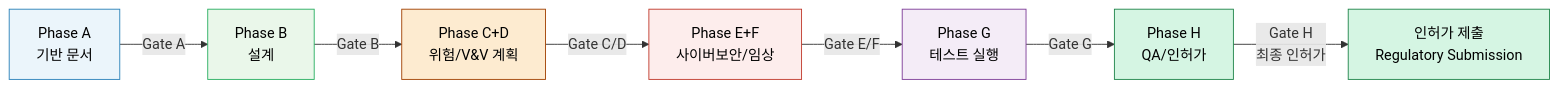
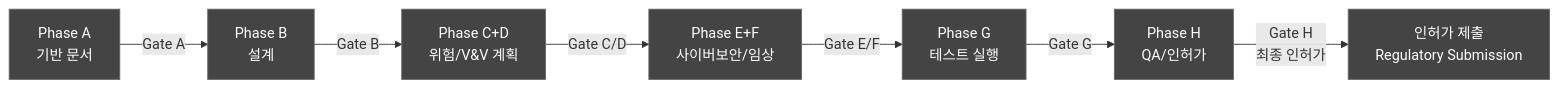
Before and after one commit to holee9/console-gui: the eighth of 9 diagrams in docs/management/DMP-001_DMP_v1.0.md, drawn with Mermaid. The commit also changed other lines of this file and 35 other files, not shown here.

First line of the commit message:
fix: 전체 Mermaid 차트 색상 진한 회색 통일

````diff
--- a/docs/management/DMP-001_DMP_v1.0.md
+++ b/docs/management/DMP-001_DMP_v1.0.md
@@ -837,18 +837,18 @@
 ```mermaid
 flowchart LR
     classDef default fill:#444,stroke:#666,color:#fff
     PA["Phase A\n기반 문서"] -->|"Gate A"| PB["Phase B\n설계"]
     PB -->|"Gate B"| PC_PD["Phase C+D\n위험/V&V 계획"]
     PC_PD -->|"Gate C/D"| PE_PF["Phase E+F\n사이버보안/임상"]
     PE_PF -->|"Gate E/F"| PG["Phase G\n테스트 실행"]
     PG -->|"Gate G"| PH["Phase H\nQA/인허가"]
     PH -->|"Gate H\n최종 인허가"| REG["인허가 제출\nRegulatory Submission"]
 
-    style PA fill:#EBF5FB,stroke:#2980B9,color:#000
-    style PB fill:#EAF7EA,stroke:#27AE60,color:#000
-    style PC_PD fill:#FDEBD0,stroke:#A04000,color:#000
-    style PE_PF fill:#FDEDEC,stroke:#C0392B,color:#000
-    style PG fill:#F4ECF7,stroke:#7D3C98,color:#000
-    style PH fill:#D5F5E3,stroke:#1E8449,color:#000
-    style REG fill:#D5F5E3,stroke:#1E8449,color:#000
+    style PA fill:#444,stroke:#666,color:#fff
+    style PB fill:#444,stroke:#666,color:#fff
+    style PC_PD fill:#444,stroke:#666,color:#fff
+    style PE_PF fill:#444,stroke:#666,color:#fff
+    style PG fill:#444,stroke:#666,color:#fff
+    style PH fill:#444,stroke:#666,color:#fff
+    style REG fill:#444,stroke:#666,color:#fff
 ```
````
